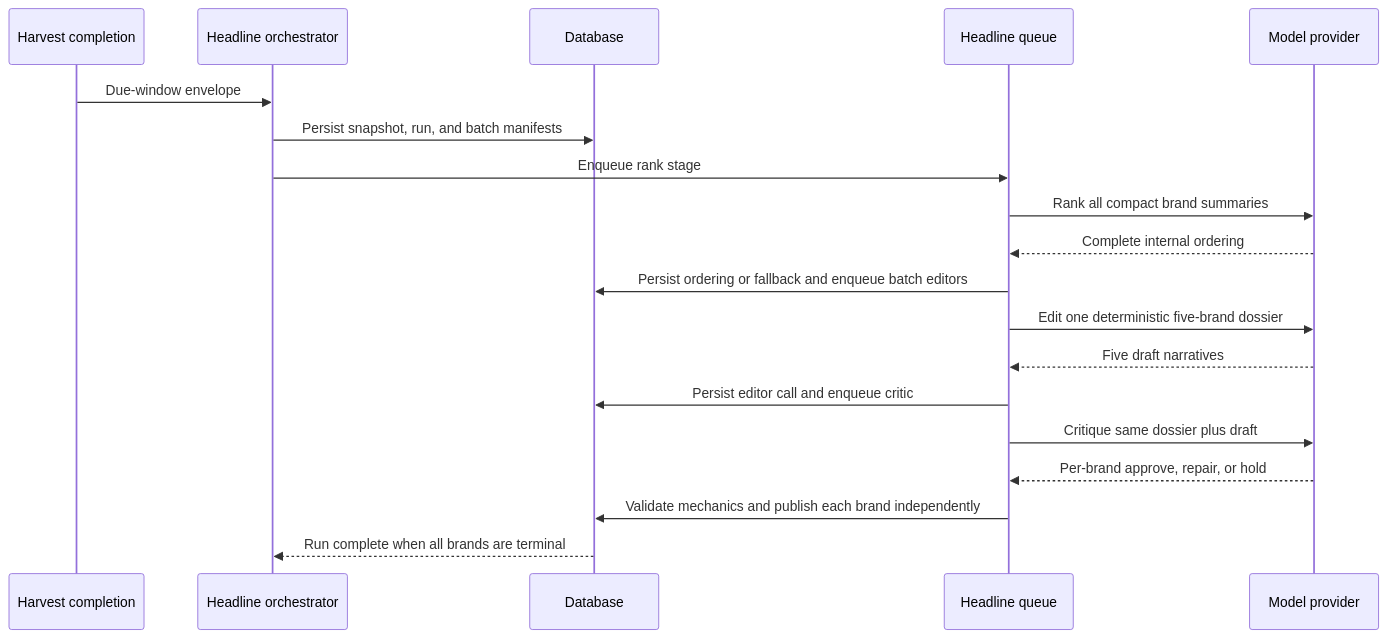
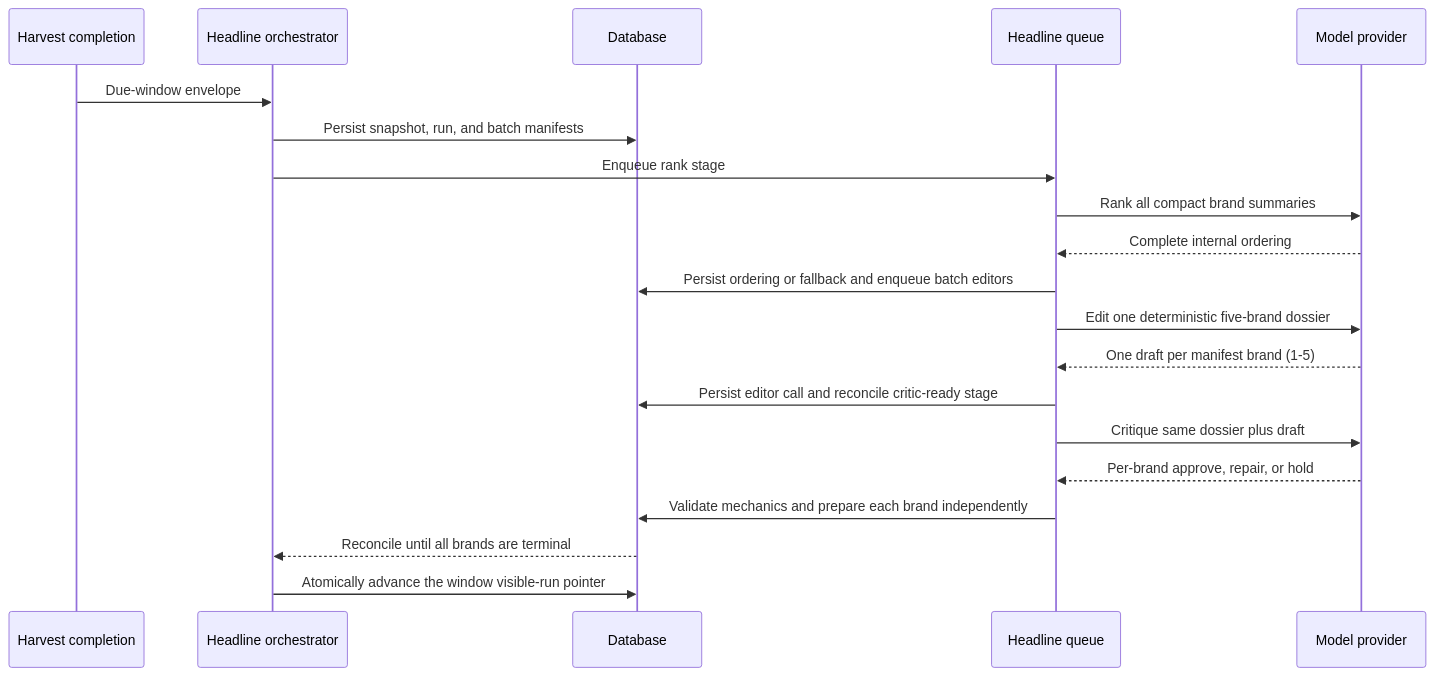
One commit to allenwlee/pushin-weight-v2 changed the second of 3 diagrams in docs/plans/2026-08-26-173100-feat-per-brand-ai-trend-narratives-plan.md. Above: the diagram before and after it, drawn with Mermaid. The commit also changed other lines of this file, not shown here.

Commit message:
docs(headlines): harden per-brand narrative delivery plan

````diff
--- a/docs/plans/2026-08-26-173100-feat-per-brand-ai-trend-narratives-plan.md
+++ b/docs/plans/2026-08-26-173100-feat-per-brand-ai-trend-narratives-plan.md
@@ -281,21 +304,22 @@
 ```mermaid
 sequenceDiagram
   participant H as Harvest completion
   participant O as Headline orchestrator
   participant D as Database
   participant Q as Headline queue
   participant L as Model provider
   H->>O: Due-window envelope
   O->>D: Persist snapshot, run, and batch manifests
   O->>Q: Enqueue rank stage
   Q->>L: Rank all compact brand summaries
   L-->>Q: Complete internal ordering
   Q->>D: Persist ordering or fallback and enqueue batch editors
   Q->>L: Edit one deterministic five-brand dossier
-  L-->>Q: Five draft narratives
-  Q->>D: Persist editor call and enqueue critic
+  L-->>Q: One draft per manifest brand (1-5)
+  Q->>D: Persist editor call and reconcile critic-ready stage
   Q->>L: Critique same dossier plus draft
   L-->>Q: Per-brand approve, repair, or hold
-  Q->>D: Validate mechanics and publish each brand independently
-  D-->>O: Run complete when all brands are terminal
+  Q->>D: Validate mechanics and prepare each brand independently
+  D-->>O: Reconcile until all brands are terminal
+  O->>D: Atomically advance the window visible-run pointer
 ```
````
